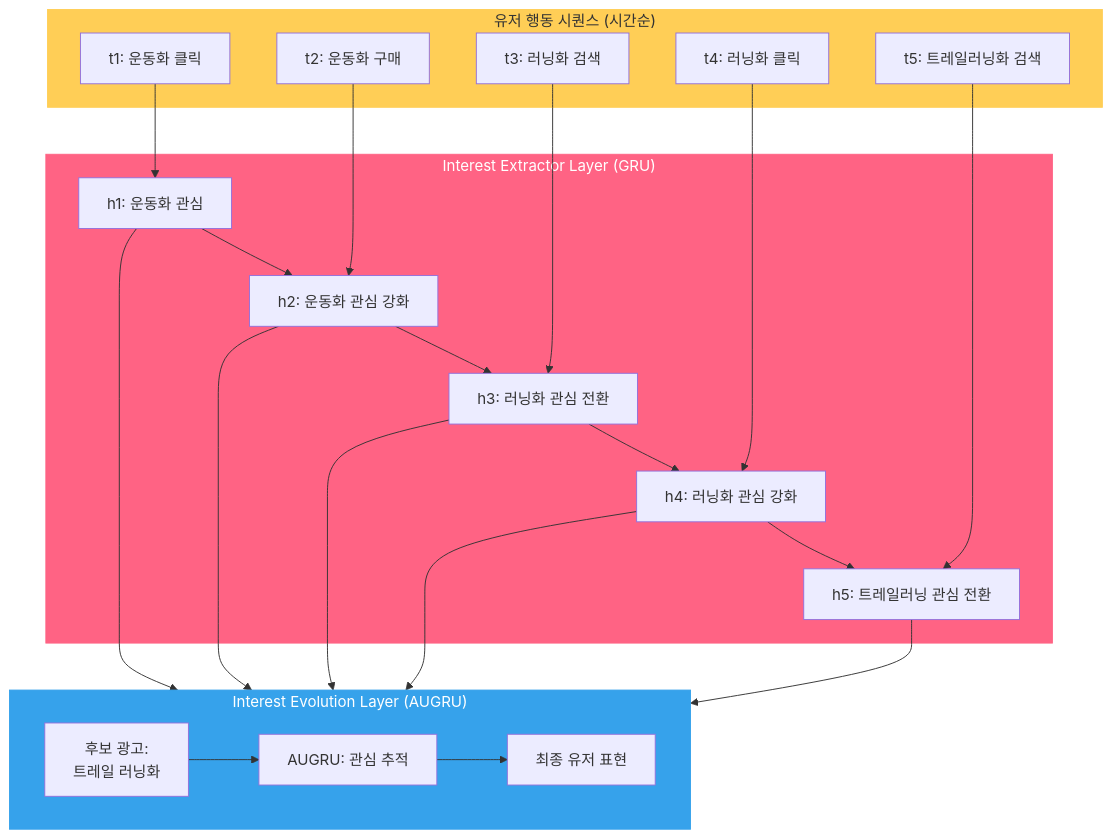
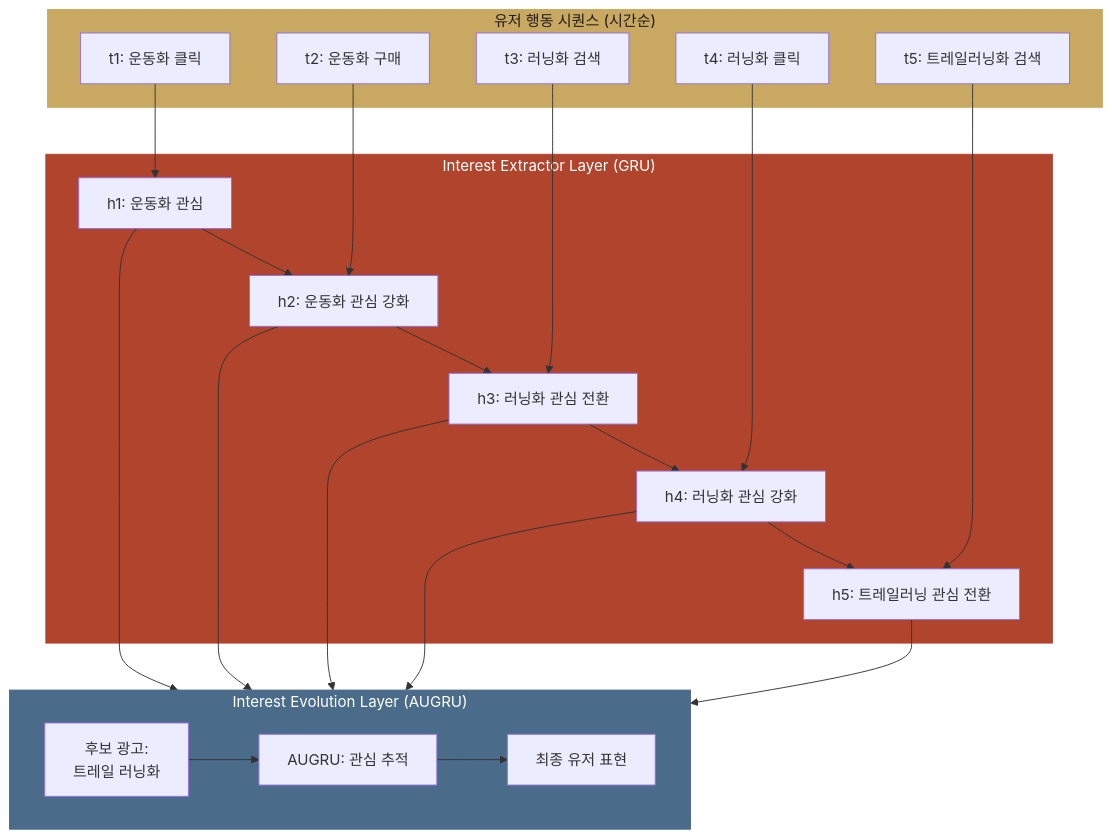
The fifth of 5 diagrams in posts/deep-ctr-models.md (chkimsu/adtech-blog), drawn with Mermaid before and after one commit. The commit also changed other lines of this file and 40 other files, not shown here.

````diff
--- a/posts/deep-ctr-models.md
+++ b/posts/deep-ctr-models.md
@@ -746,47 +746,47 @@
 ```mermaid
 graph TD
     subgraph BehaviorSeq["유저 행동 시퀀스 (시간순)"]
         B1["t1: 운동화 클릭"]
         B2["t2: 운동화 구매"]
         B3["t3: 러닝화 검색"]
         B4["t4: 러닝화 클릭"]
         B5["t5: 트레일러닝화 검색"]
     end
 
     subgraph InterestExtractor["Interest Extractor Layer (GRU)"]
         H1["h1: 운동화 관심"]
         H2["h2: 운동화 관심 강화"]
         H3["h3: 러닝화 관심 전환"]
         H4["h4: 러닝화 관심 강화"]
         H5["h5: 트레일러닝 관심 전환"]
     end
 
     subgraph InterestEvolution["Interest Evolution Layer (AUGRU)"]
         direction LR
         AD_Q["후보 광고:<br/>트레일 러닝화"]
         AU1["AUGRU: 관심 추적"]
         FINAL["최종 유저 표현"]
     end
 
     B1 --> H1
     B2 --> H2
     B3 --> H3
     B4 --> H4
     B5 --> H5
     H1 --> H2
     H2 --> H3
     H3 --> H4
     H4 --> H5
 
     H1 --> AU1
     H2 --> AU1
     H3 --> AU1
     H4 --> AU1
     H5 --> AU1
     AD_Q --> AU1
     AU1 --> FINAL
 
-    style InterestExtractor fill:#ff6384,stroke:#ff6384,color:#fff
-    style InterestEvolution fill:#36a2eb,stroke:#36a2eb,color:#fff
-    style BehaviorSeq fill:#ffce56,stroke:#ffce56,color:#333
+    style InterestExtractor fill:#b0442c,stroke:#b0442c,color:#fff
+    style InterestEvolution fill:#4a6b8a,stroke:#4a6b8a,color:#fff
+    style BehaviorSeq fill:#c9a961,stroke:#c9a961,color:#201d1a
 ```
````
